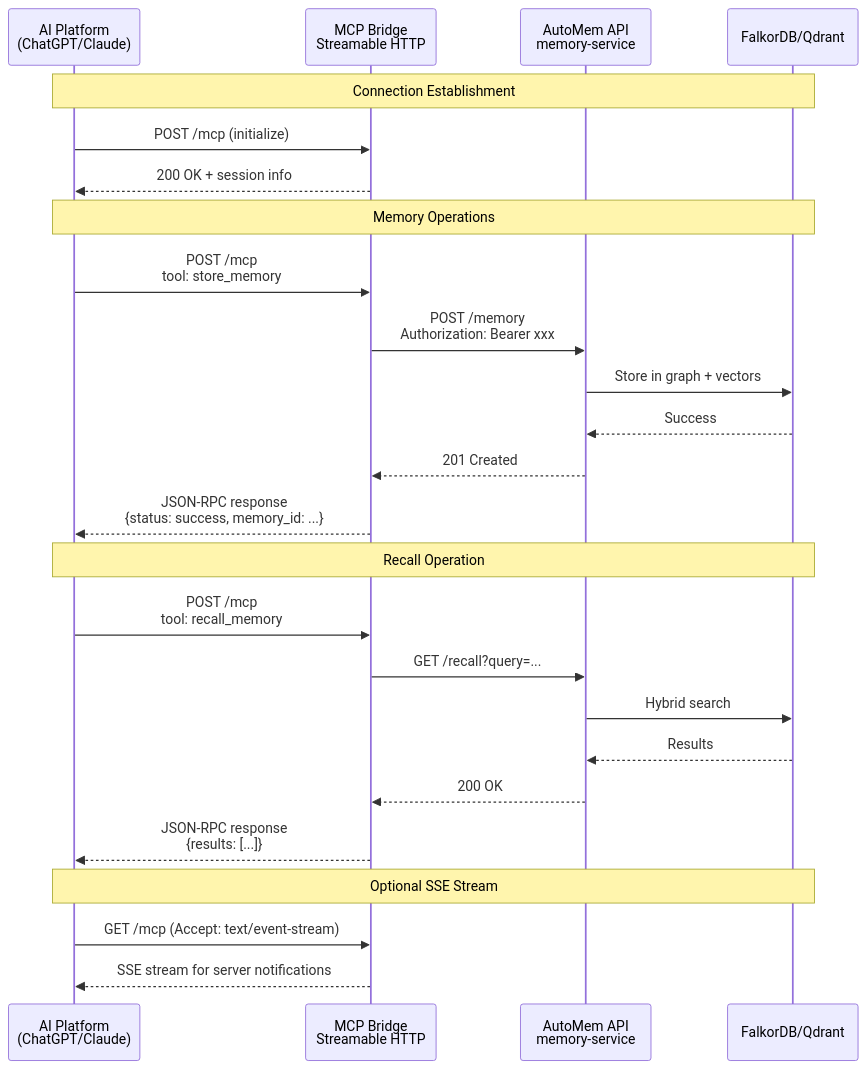
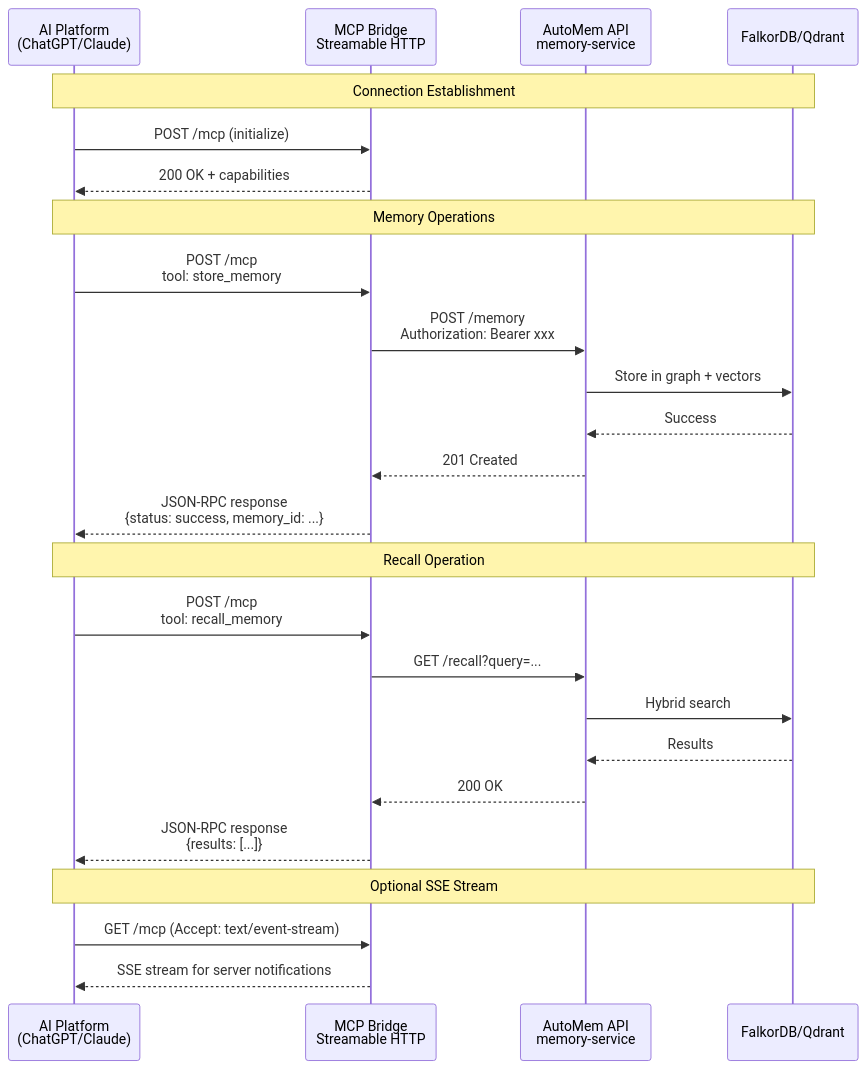
The second of 2 diagrams in docs/MCP_SSE.md (verygoodplugins/automem), drawn with Mermaid before and after one commit. The commit also changed other lines of this file and 3 other files, not shown here.

Commit message:
fix: harden MCP bridge resilience, adopt stateless transport, and update cross-client docs (#114)

````diff
--- a/docs/MCP_SSE.md
+++ b/docs/MCP_SSE.md
@@ -181,31 +183,31 @@
 ```mermaid
 sequenceDiagram
     participant Client as AI Platform<br/>(ChatGPT/Claude)
     participant MCP as MCP Bridge<br/>Streamable HTTP
     participant API as AutoMem API<br/>memory-service
     participant DB as FalkorDB/Qdrant
 
     Note over Client,DB: Connection Establishment
     Client->>MCP: POST /mcp (initialize)
-    MCP-->>Client: 200 OK + session info
+    MCP-->>Client: 200 OK + capabilities
 
     Note over Client,DB: Memory Operations
     Client->>MCP: POST /mcp<br/>tool: store_memory
     MCP->>API: POST /memory<br/>Authorization: Bearer xxx
     API->>DB: Store in graph + vectors
     DB-->>API: Success
     API-->>MCP: 201 Created
     MCP-->>Client: JSON-RPC response<br/>{status: success, memory_id: ...}
 
     Note over Client,DB: Recall Operation
     Client->>MCP: POST /mcp<br/>tool: recall_memory
     MCP->>API: GET /recall?query=...
     API->>DB: Hybrid search
     DB-->>API: Results
     API-->>MCP: 200 OK
     MCP-->>Client: JSON-RPC response<br/>{results: [...]}
 
     Note over Client,DB: Optional SSE Stream
     Client->>MCP: GET /mcp (Accept: text/event-stream)
     MCP-->>Client: SSE stream for server notifications
 ```
````
